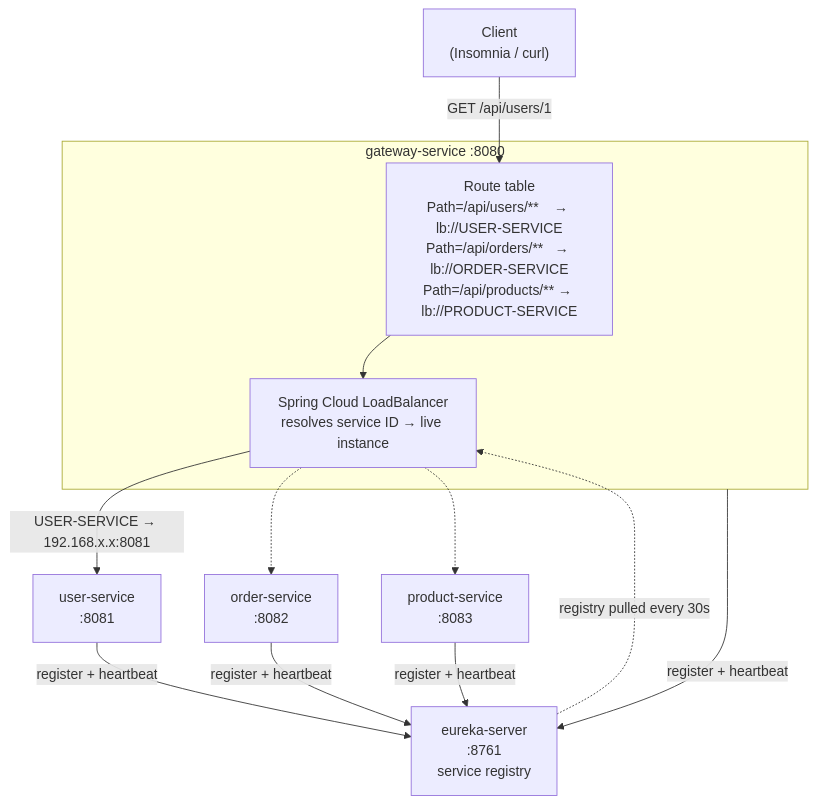
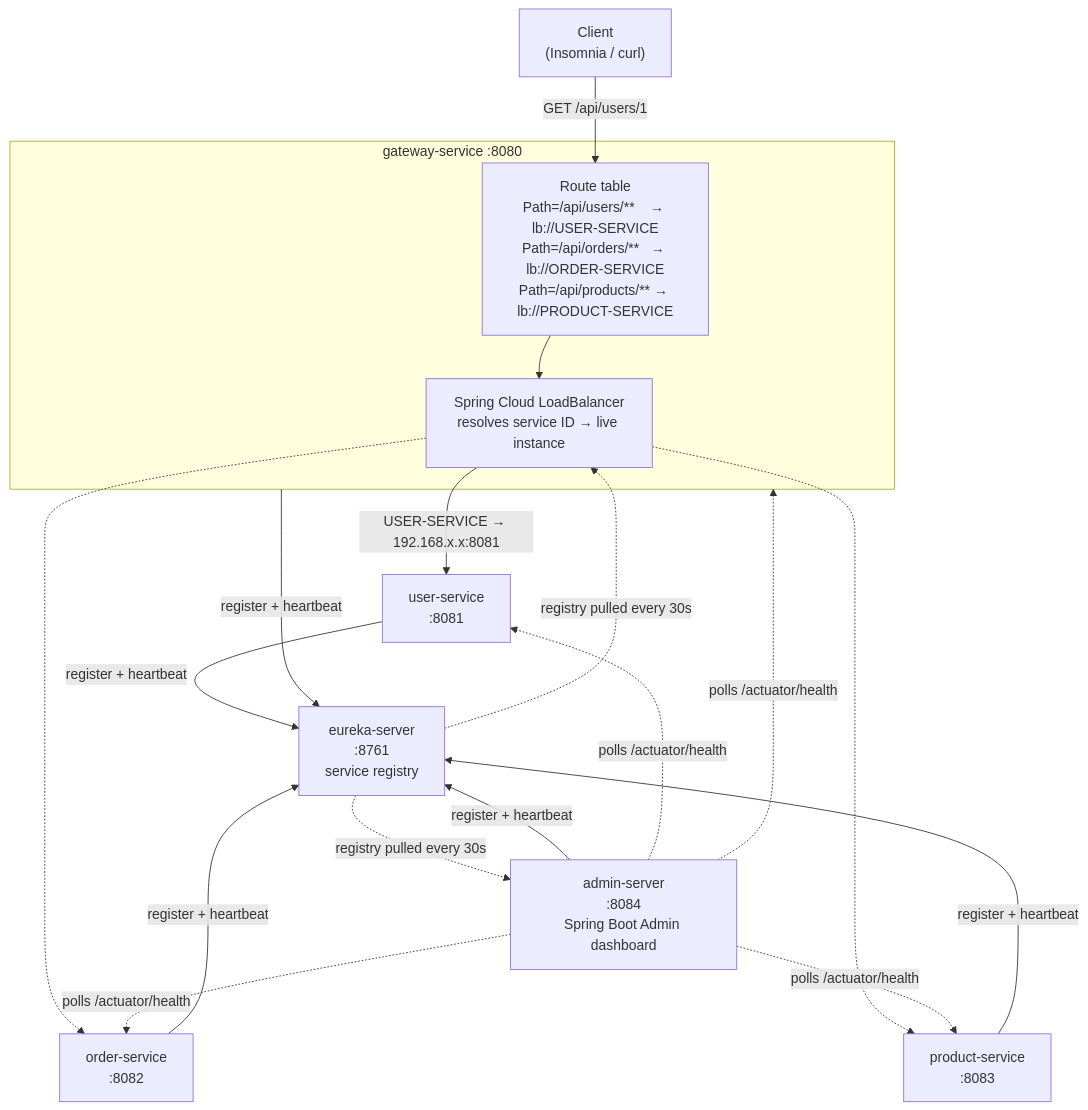
One commit to himnay/learning-service-discovery changed the first of 3 diagrams in README.md. Above: the diagram before and after it, drawn with Mermaid. The commit also changed other lines of this file, not shown here.

Commit message:
docs: wire admin-server into the flowchart/sequence diagrams, add Spring Boot Admin section

````diff
--- a/README.md
+++ b/README.md
@@ -56,27 +57,35 @@
 ```mermaid
 flowchart TB
     Client["Client<br/>(Insomnia / curl)"]
 
     Eureka["eureka-server<br/>:8761<br/>service registry"]
 
     subgraph Gateway["gateway-service :8080"]
         Route["Route table<br/>Path=/api/users/**    → lb://USER-SERVICE<br/>Path=/api/orders/**   → lb://ORDER-SERVICE<br/>Path=/api/products/** → lb://PRODUCT-SERVICE"]
         LB["Spring Cloud LoadBalancer<br/>resolves service ID → live instance"]
     end
 
     UserSvc["user-service<br/>:8081"]
     OrderSvc["order-service<br/>:8082"]
     ProductSvc["product-service<br/>:8083"]
+    AdminServer["admin-server<br/>:8084<br/>Spring Boot Admin dashboard"]
 
     UserSvc -- "register + heartbeat" --> Eureka
     OrderSvc -- "register + heartbeat" --> Eureka
     ProductSvc -- "register + heartbeat" --> Eureka
     Gateway -- "register + heartbeat" --> Eureka
+    AdminServer -- "register + heartbeat" --> Eureka
     Eureka -. "registry pulled every 30s" .-> LB
+    Eureka -. "registry pulled every 30s" .-> AdminServer
 
     Client -- "GET /api/users/1" --> Route
     Route --> LB
     LB -- "USER-SERVICE → 192.168.x.x:8081" --> UserSvc
     LB -.-> OrderSvc
     LB -.-> ProductSvc
+
+    AdminServer -. "polls /actuator/health" .-> UserSvc
+    AdminServer -. "polls /actuator/health" .-> OrderSvc
+    AdminServer -. "polls /actuator/health" .-> ProductSvc
+    AdminServer -. "polls /actuator/health" .-> Gateway
 ```
````
